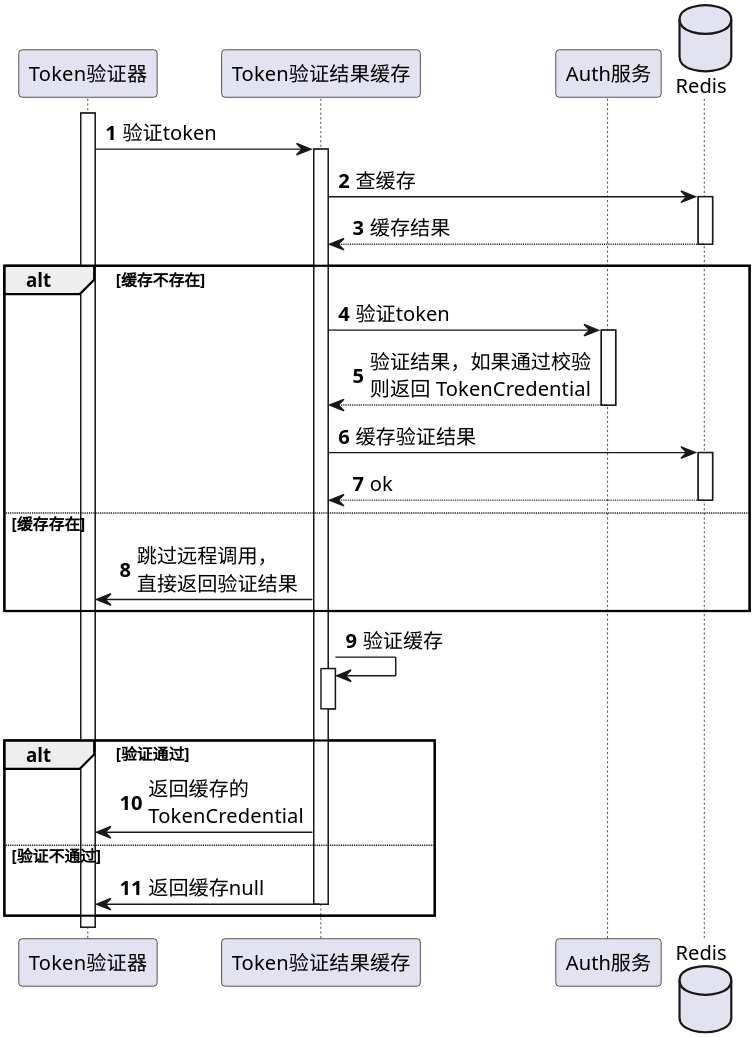
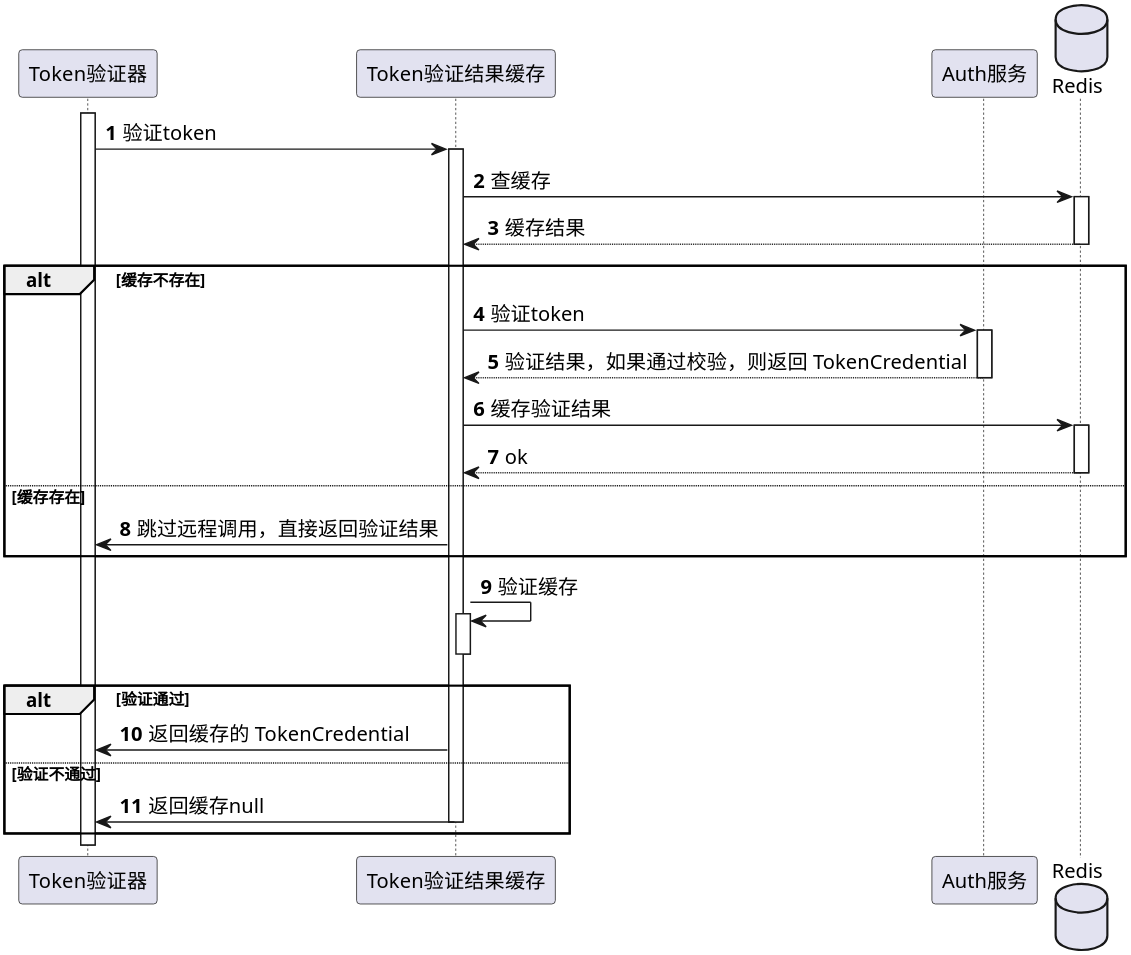
Before and after one commit to Etherealss/MessagePusher: the diagram in uml/security/token检验/1.2-拦截HTTP请求并校验Token.puml, drawn with PlantUML. The commit also changed 2 other files, not shown here.

```diff
--- a/uml/security/token检验/1.2-拦截HTTP请求并校验Token.puml
+++ b/uml/security/token检验/1.2-拦截HTTP请求并校验Token.puml
@@ -1,40 +1,40 @@
 @startuml
 'https://plantuml.com/sequence-diagram
 
 skinparam shadowing false
 skinparam defaultFontName xfonts-wqy
 skinparam dpi 300
 skinparam activity  {
     DiamondFontSize 14
     ArrowFontSize 14
     FontSize 14
 }
 autonumber
 
 participant Token验证器 as ICreentialVerifier
 participant Token验证结果缓存 as ServerCredentialCacheHandler
 participant Auth服务 as Auth
 database Redis
 
 activate ICreentialVerifier
 ICreentialVerifier -> ServerCredentialCacheHandler ++: 验证token
 ServerCredentialCacheHandler -> Redis ++:查缓存
 return 缓存结果
 
 alt 缓存不存在
     ServerCredentialCacheHandler -> Auth++: 验证token
-    return 验证结果，如果通过校验\n则返回 TokenCredential
+    return 验证结果，如果通过校验，则返回 TokenCredential
     ServerCredentialCacheHandler -> Redis++:缓存验证结果
     return ok
 else 缓存存在
-    ICreentialVerifier <- ServerCredentialCacheHandler: 跳过远程调用，\n直接返回验证结果
+    ICreentialVerifier <- ServerCredentialCacheHandler: 跳过远程调用，直接返回验证结果
 end
 
 ServerCredentialCacheHandler -> ServerCredentialCacheHandler ++--: 验证缓存
 alt 验证通过
-    ICreentialVerifier <- ServerCredentialCacheHandler: 返回缓存的\nTokenCredential
+    ICreentialVerifier <- ServerCredentialCacheHandler: 返回缓存的 TokenCredential
 else 验证不通过
     ICreentialVerifier <- ServerCredentialCacheHandler--: 返回缓存null
 end
 
 @enduml
```
